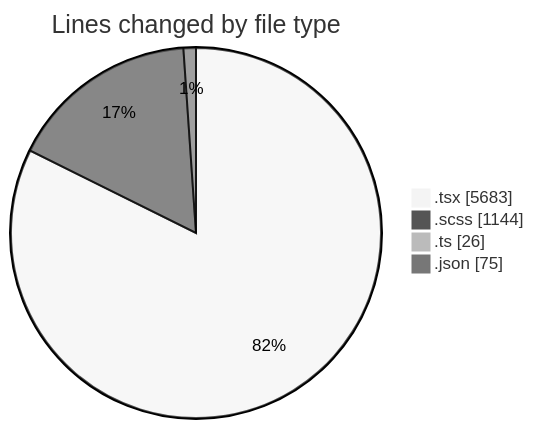
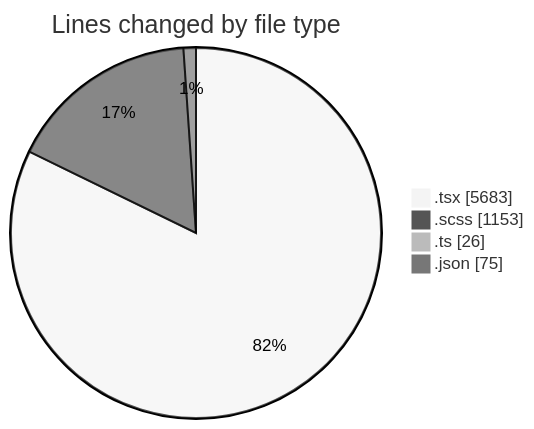
One commit to momahboobian/code-tracking changed the first of 2 diagrams in 2025-04-09/cda/README.md. Above: the diagram before and after it, drawn with Mermaid (neutral theme). The commit also changed other lines of this file and 1 other file, not shown here.

````diff
--- a/2025-04-09/cda/README.md
+++ b/2025-04-09/cda/README.md
@@ -43,8 +43,8 @@
 ```mermaid
 pie showData
 title Lines changed by file type
 ".tsx" : 5683
-".scss" : 1144
+".scss" : 1153
 ".ts" : 26
 ".json" : 75
 ```
````
